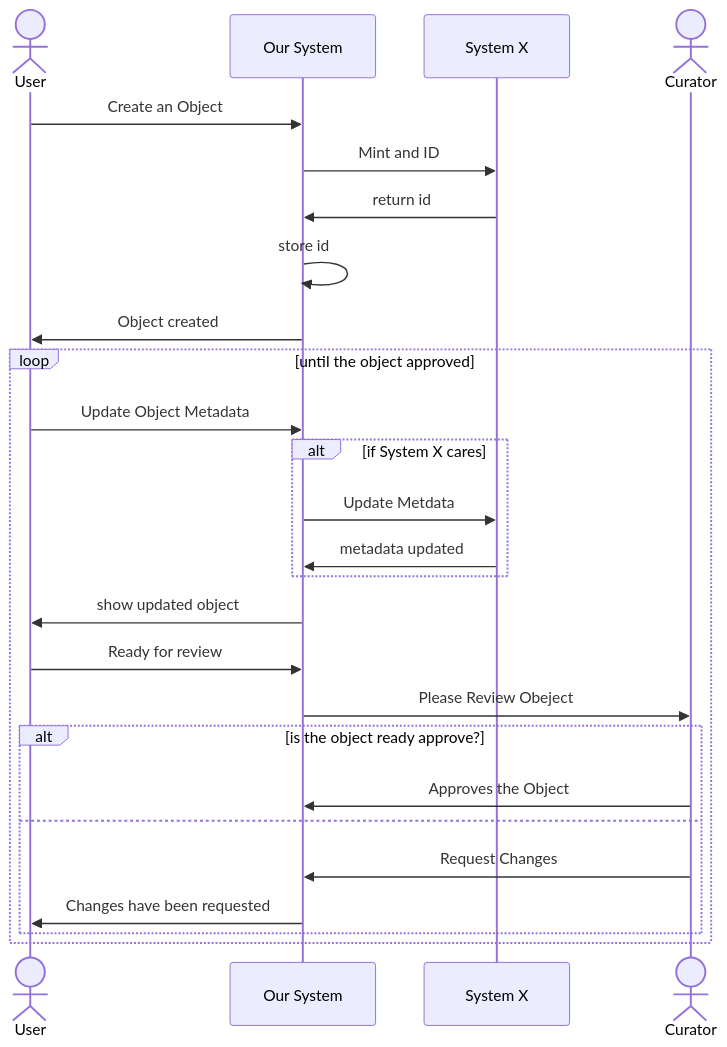
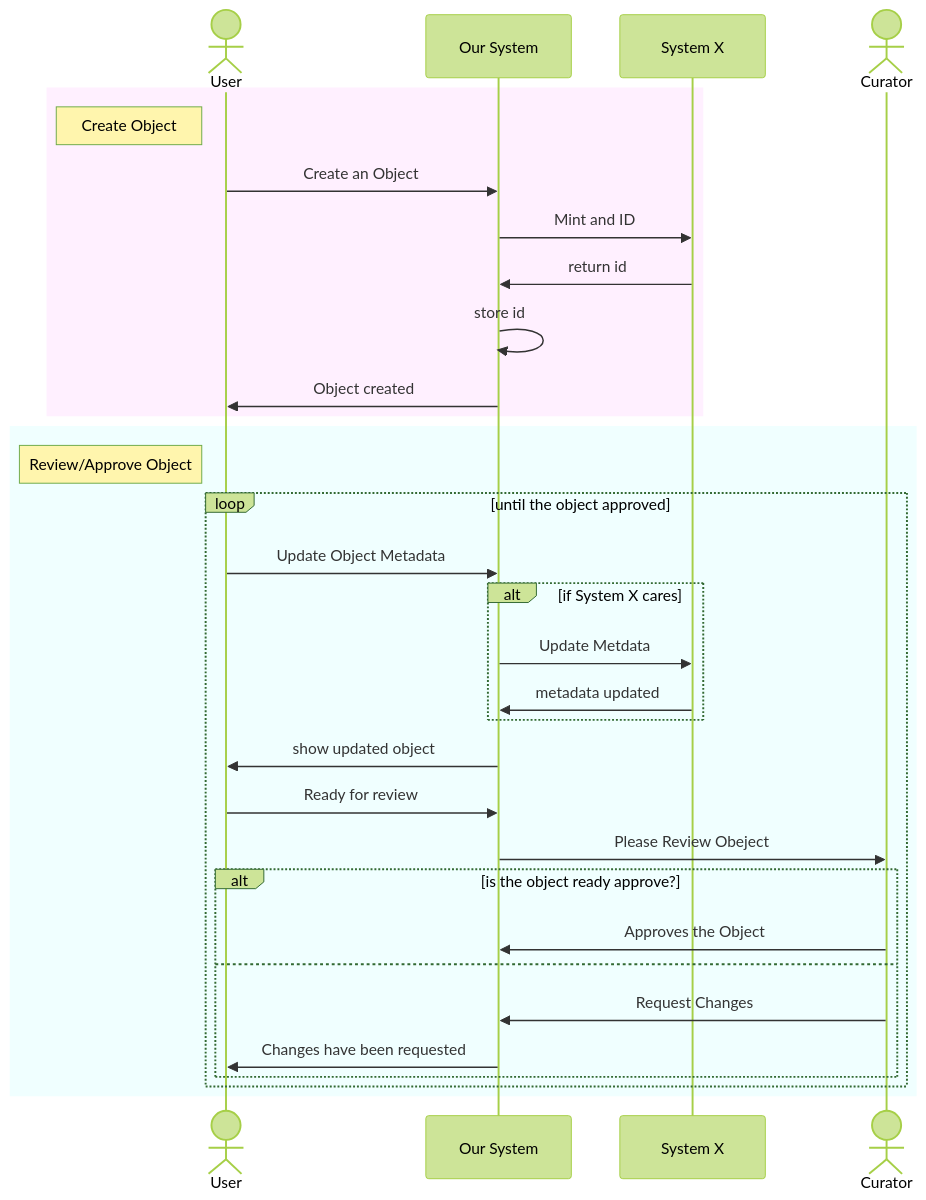
Before and after one commit to carolyncole/i_love_mermaid: the diagram in empty-flow.md, drawn with Mermaid.

Commit message:
Added sections and theming

````diff
--- a/empty-flow.md
+++ b/empty-flow.md
@@ -10,28 +10,42 @@
 ```mermaid
+
+ %%{init: { 'theme': 'forest',
+             'sequence': {'useMaxWidth':false, 
+                          'mirrorActors':true,   
+                          'diagramMarginX': 10
+                          } 
+            } 
+  }%%
 sequenceDiagram
 actor user as User
+rect rgb(255, 240, 255)
+note left of user: Create Object
 participant oursys as Our System
 participant sysx as System X
 actor curator as Curator
 user->>oursys: Create an Object
 oursys->>sysx: Mint and ID
 sysx->>oursys: return id
 oursys->>oursys: store id
 oursys->>user: Object created
+end
+rect rgb(240, 255, 255)
+note left of user: Review/Approve Object
 loop until the object approved
-user->>oursys: Update Object Metadata
-alt if System X cares
-  oursys->>sysx: Update Metdata
-  sysx->>oursys: metadata updated
-end
-oursys->>user: show updated object
-user->>oursys: Ready for review
-oursys->>curator: Please Review Obeject
-alt is the object ready approve?
-  curator->>oursys: Approves the Object
-else
-  curator->>oursys: Request Changes
-  oursys->>user: Changes have been requested
+  user->>oursys: Update Object Metadata
+  alt if System X cares
+    oursys->>sysx: Update Metdata
+    sysx->>oursys: metadata updated
+  end
+  oursys->>user: show updated object
+  user->>oursys: Ready for review
+  oursys->>curator: Please Review Obeject
+  alt is the object ready approve?
+    curator->>oursys: Approves the Object
+  else
+    curator->>oursys: Request Changes
+    oursys->>user: Changes have been requested
+  end
 end
 end
 ```
````
